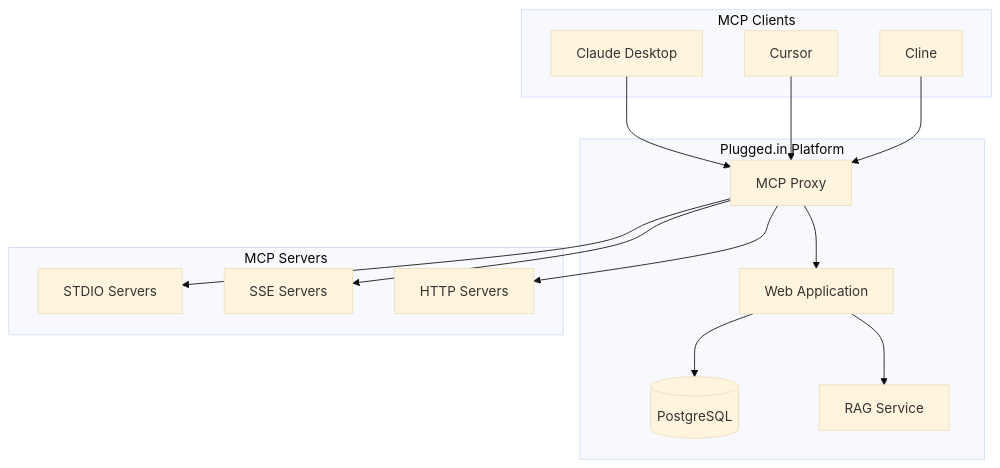
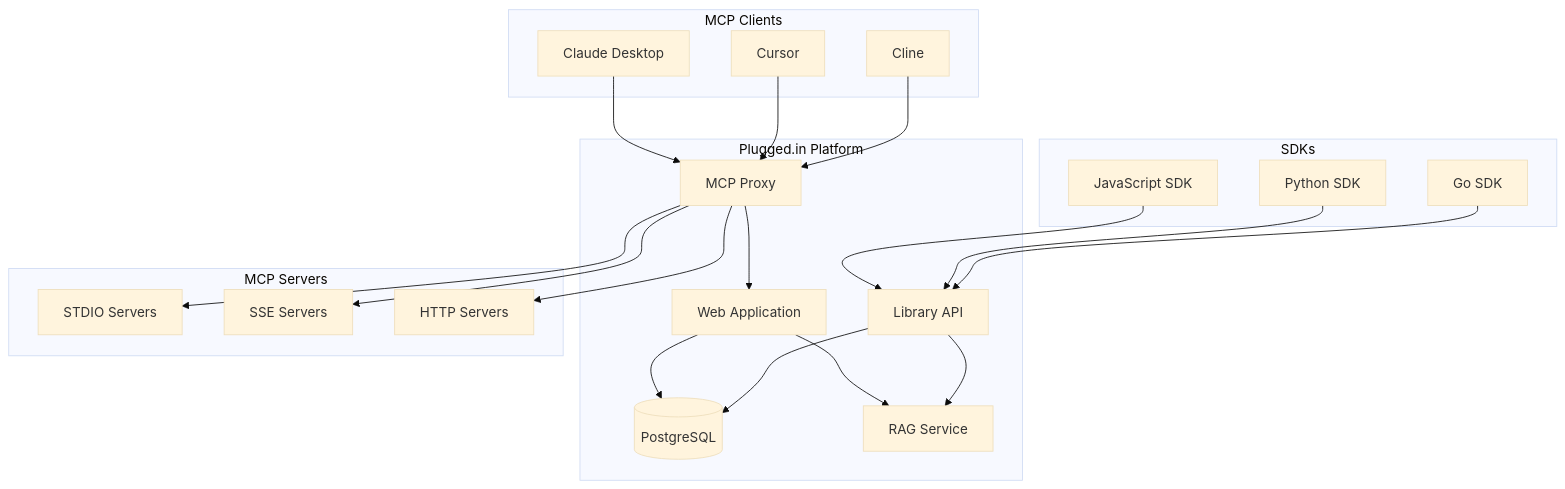
One commit to VeriTeknik/pluggedin-docs changed the diagram in platform/overview.mdx. Above: the diagram before and after it, drawn with Mermaid (base theme). The commit also changed other lines of this file and 4 other files, not shown here.

First line of the commit message:
docs: Add comprehensive SDK documentation for JavaScript, Python, and Go

````diff
--- a/platform/overview.mdx
+++ b/platform/overview.mdx
@@ -135,33 +135,46 @@
 ```mermaid
 graph TB
     subgraph "MCP Clients"
         Claude[Claude Desktop]
         Cursor[Cursor]
         Cline[Cline]
     end
 
+    subgraph "SDKs"
+        JS[JavaScript SDK]
+        PY[Python SDK]
+        GO[Go SDK]
+    end
+
     subgraph "Plugged.in Platform"
         Proxy[MCP Proxy]
         App[Web Application]
         DB[(PostgreSQL)]
         RAG[RAG Service]
+        API[Library API]
     end
 
     subgraph "MCP Servers"
         STDIO[STDIO Servers]
         SSE[SSE Servers]
         HTTP[HTTP Servers]
     end
 
     Claude --> Proxy
     Cursor --> Proxy
     Cline --> Proxy
 
+    JS --> API
+    PY --> API
+    GO --> API
+
     Proxy --> App
     App --> DB
     App --> RAG
+    API --> DB
+    API --> RAG
 
     Proxy --> STDIO
     Proxy --> SSE
     Proxy --> HTTP
 ```
````
